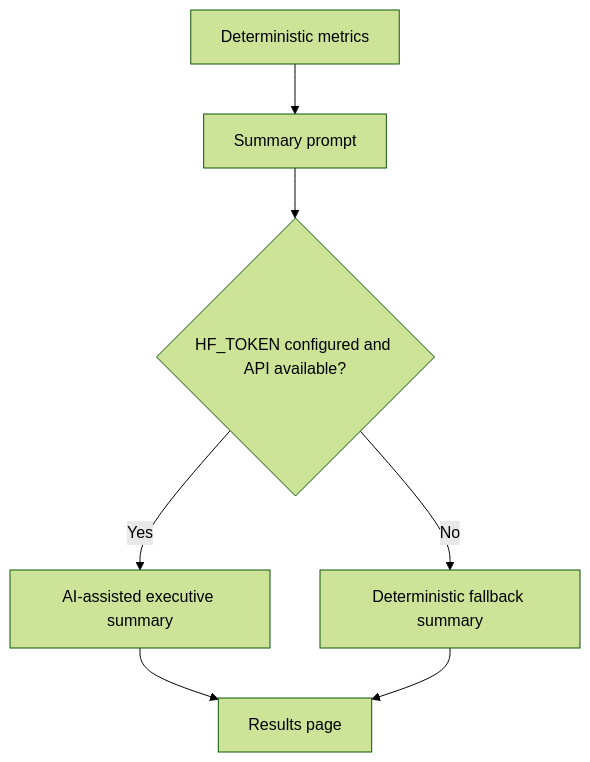
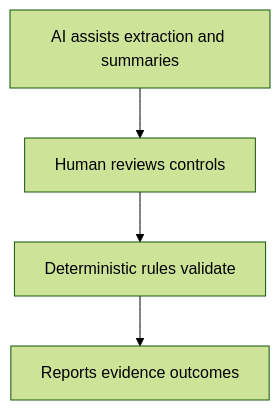
The third of 3 diagrams in README.md (xcoder-es/policycheck_demo), drawn with Mermaid (forest theme) before and after one commit. The commit also changed other lines of this file and 9 other files, not shown here.

````diff
--- a/README.md
+++ b/README.md
@@ -232,9 +67,6 @@
 ```mermaid
 flowchart TD
-    Metrics[Deterministic metrics] --> Prompt[Summary prompt]
-    Prompt --> HF{HF_TOKEN configured and API available?}
-    HF -->|Yes| AISummary[AI-assisted executive summary]
-    HF -->|No| LocalSummary[Deterministic fallback summary]
-    AISummary --> UI[Results page]
-    LocalSummary --> UI
+    AI[AI assists extraction and summaries] --> Review[Human reviews controls]
+    Review --> Rules[Deterministic rules validate]
+    Rules --> Evidence[Reports evidence outcomes]
 ```
````
